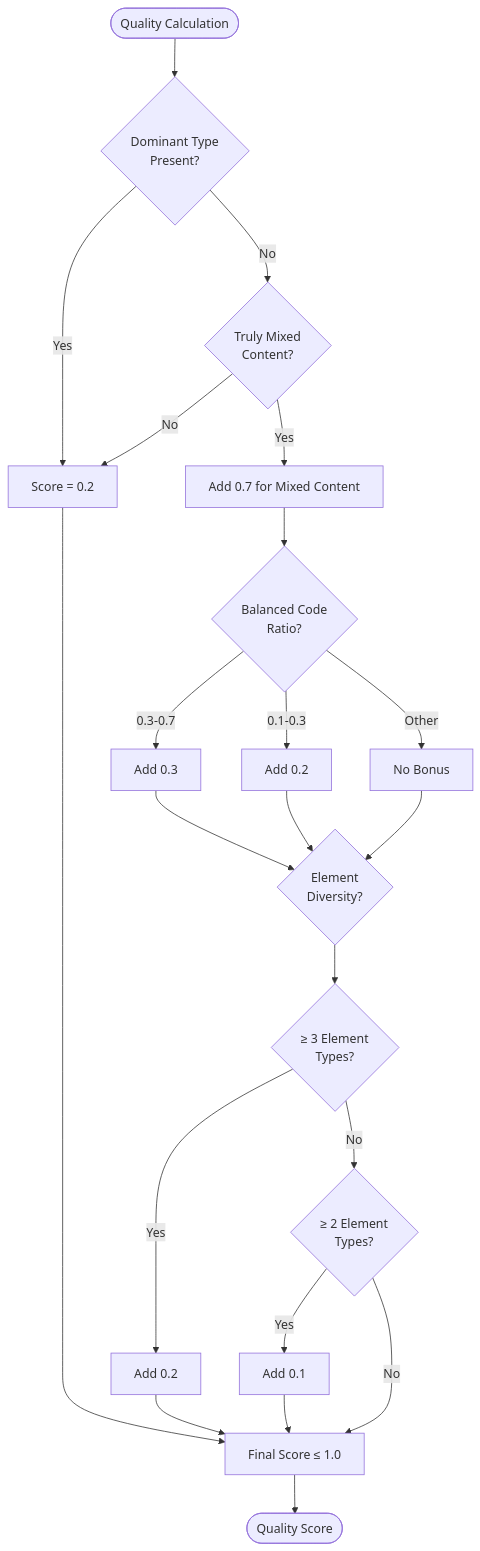
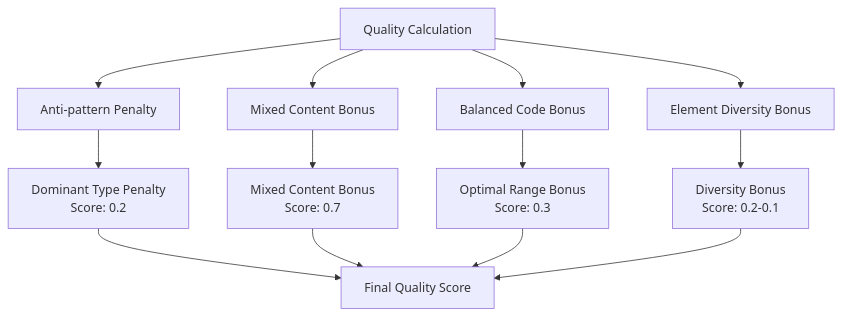
The second of 22 diagrams in .qoder/repowiki/en/content/Chunking Strategies/Mixed Strategy.md (asukhodko/dify-markdown-chunker), drawn with Mermaid before and after one commit. The commit also changed other lines of this file and 205 other files, not shown here.

````diff
--- a/.qoder/repowiki/en/content/Chunking Strategies/Mixed Strategy.md
+++ b/.qoder/repowiki/en/content/Chunking Strategies/Mixed Strategy.md
@@ -155,24 +96,15 @@
 ```mermaid
 flowchart TD
-Start([Quality Calculation]) --> CheckDominance{"Dominant Type<br/>Present?"}
-CheckDominance --> |Yes| LowScore[Score = 0.2]
-CheckDominance --> |No| CheckMixed{"Truly Mixed<br/>Content?"}
-CheckMixed --> |No| LowScore
-CheckMixed --> |Yes| AddMixedBonus[Add 0.7 for Mixed Content]
-AddMixedBonus --> CheckBalance{"Balanced Code<br/>Ratio?"}
-CheckBalance --> |0.3-0.7| AddMediumBonus[Add 0.3]
-CheckBalance --> |0.1-0.3| AddSmallBonus[Add 0.2]
-CheckBalance --> |Other| NoBonus[No Bonus]
-AddMediumBonus --> CheckElements{"Element<br/>Diversity?"}
-AddSmallBonus --> CheckElements
-NoBonus --> CheckElements
-CheckElements --> ThreeTypes{"≥ 3 Element<br/>Types?"}
-ThreeTypes --> |Yes| AddBigBonus[Add 0.2]
-ThreeTypes --> |No| TwoTypes{"≥ 2 Element<br/>Types?"}
-TwoTypes --> |Yes| AddSmallBonus2[Add 0.1]
-TwoTypes --> |No| FinalScore[Final Score ≤ 1.0]
-AddBigBonus --> FinalScore
-AddSmallBonus2 --> FinalScore
-LowScore --> FinalScore
-FinalScore --> End([Quality Score])
+A["Quality Calculation"] --> B["Anti-pattern Penalty"]
+A --> C["Mixed Content Bonus"]
+A --> D["Balanced Code Bonus"]
+A --> E["Element Diversity Bonus"]
+B --> F["Dominant Type Penalty<br/>Score: 0.2"]
+C --> G["Mixed Content Bonus<br/>Score: 0.7"]
+D --> H["Optimal Range Bonus<br/>Score: 0.3"]
+E --> I["Diversity Bonus<br/>Score: 0.2-0.1"]
+F --> J["Final Quality Score"]
+G --> J
+H --> J
+I --> J
 ```
````
